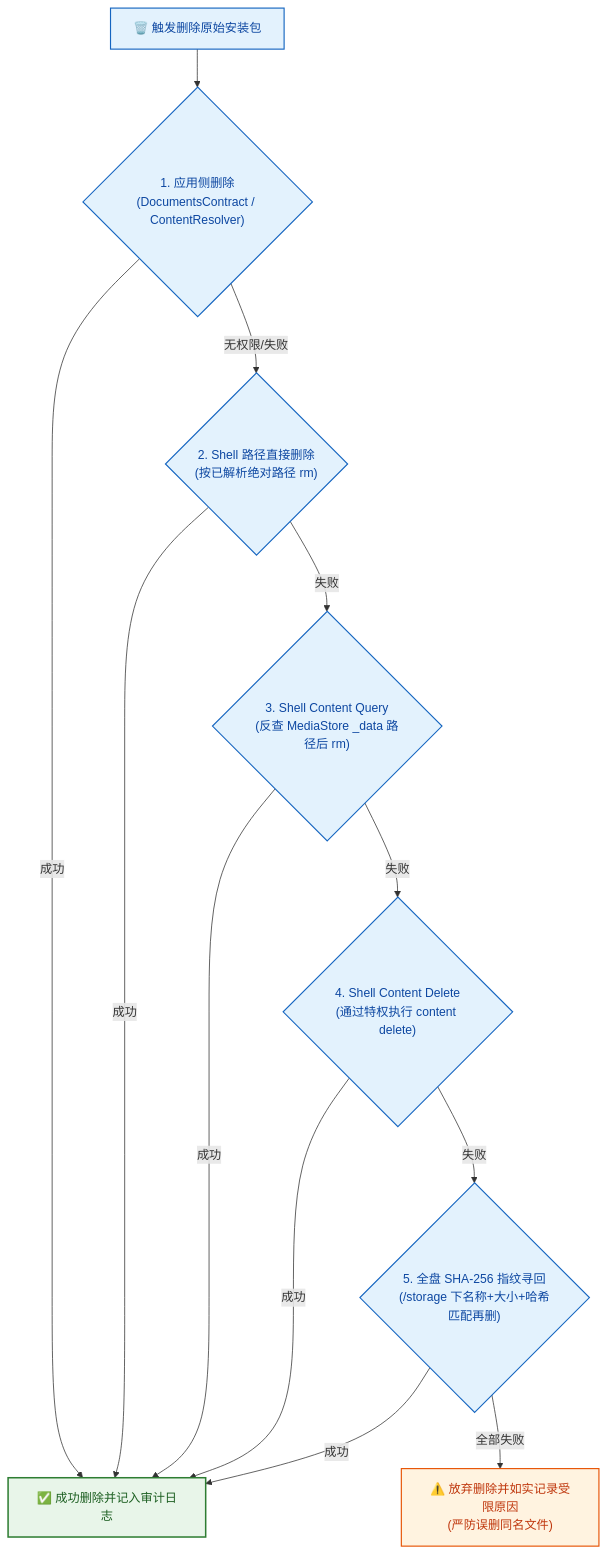
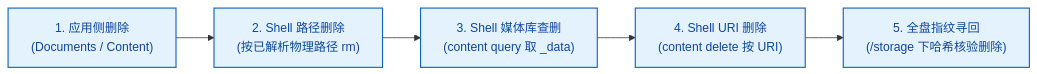
Before and after one commit to LianXia233/android-privilege-broker: the fourth of 4 diagrams in README.md, drawn with Mermaid. The commit also changed other lines of this file, not shown here.

````diff
--- a/README.md
+++ b/README.md
@@ -379,21 +352,10 @@
 ```mermaid
-flowchart TD
-    Start["🗑️ 触发删除原始安装包"] --> S1{"1. 应用侧删除<br/>(DocumentsContract / ContentResolver)"}
-    S1 -- 成功 --> Done["✅ 成功删除并记入审计日志"]
-    S1 -- 无权限/失败 --> S2{"2. Shell 路径直接删除<br/>(按已解析绝对路径 rm)"}
-    S2 -- 成功 --> Done
-    S2 -- 失败 --> S3{"3. Shell Content Query<br/>(反查 MediaStore _data 路径后 rm)"}
-    S3 -- 成功 --> Done
-    S3 -- 失败 --> S4{"4. Shell Content Delete<br/>(通过特权执行 content delete)"}
-    S4 -- 成功 --> Done
-    S4 -- 失败 --> S5{"5. 全盘 SHA-256 指纹寻回<br/>(/storage 下名称+大小+哈希匹配再删)"}
-    S5 -- 成功 --> Done
-    S5 -- 全部失败 --> Fail["⚠️ 放弃删除并如实记录受限原因<br/>(严防误删同名文件)"]
+flowchart LR
+    S1["1. 应用侧删除<br/>(Documents / Content)"] --> S2["2. Shell 路径删除<br/>(按已解析物理路径 rm)"]
+    S2 --> S3["3. Shell 媒体库查删<br/>(content query 取 _data)"]
+    S3 --> S4["4. Shell URI 删除<br/>(content delete 按 URI)"]
+    S4 --> S5["5. 全盘指纹寻回<br/>(/storage 下哈希核验删除)"]
 
     classDef step fill:#e3f2fd,stroke:#1565c0,stroke-width:1.5px,color:#0d47a1;
-    classDef ok fill:#e8f5e9,stroke:#2e7d32,stroke-width:2px,color:#1b5e20;
-    classDef warn fill:#fff3e0,stroke:#e65100,stroke-width:1.5px,color:#bf360c;
-    class Start,S1,S2,S3,S4,S5 step;
-    class Done ok;
-    class Fail warn;
+    class S1,S2,S3,S4,S5 step;
 ```
````
